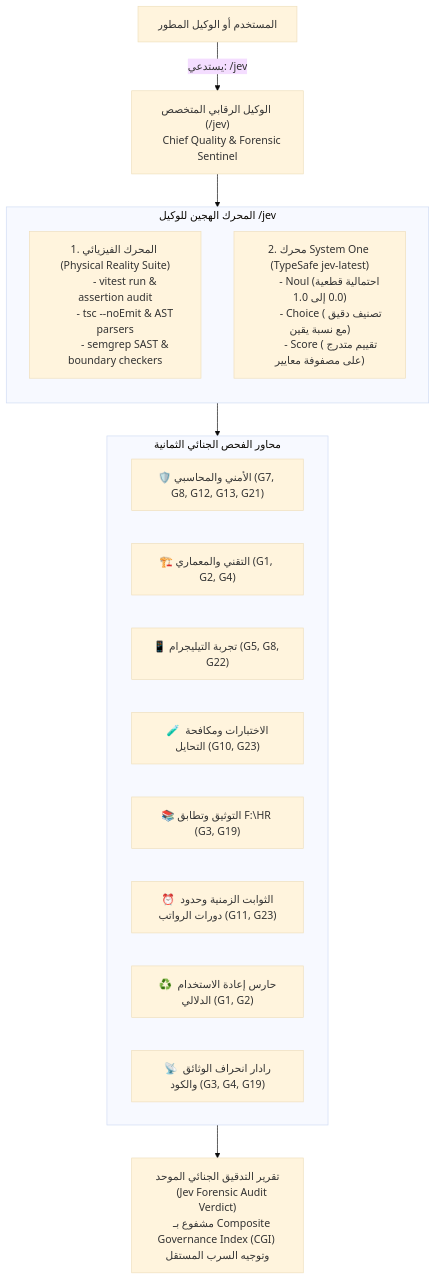
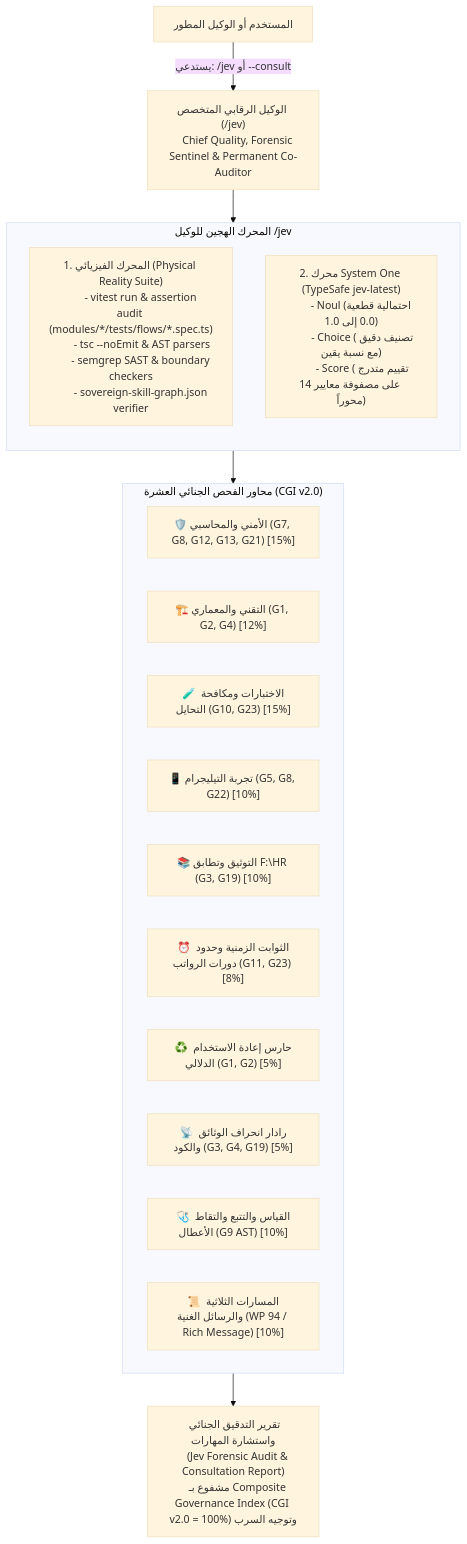
The diagram in .agents/skills/jev/SKILL.md (SalehOsman/Alsaada-Smart-Bot), drawn with Mermaid (base theme) before and after one commit. The commit also changed other lines of this file and 355 other files, not shown here.

Commit message:
feat(wp-96): implement permanent skill consultant and unified knowledge graph

````diff
--- a/.agents/skills/jev/SKILL.md
+++ b/.agents/skills/jev/SKILL.md
@@ -36,35 +38,38 @@
 ```mermaid
 flowchart TD
-    User["المستخدم أو الوكيل المطور"] -->|"يستدعي: /jev"| JevAgent["الوكيل الرقابي المتخصص (/jev)
-    Chief Quality & Forensic Sentinel"]
+    User["المستخدم أو الوكيل المطور"] -->|"يستدعي: /jev أو --consult"| JevAgent["الوكيل الرقابي المتخصص (/jev)
+    Chief Quality, Forensic Sentinel & Permanent Co-Auditor"]
 
     subgraph HybridEngine["المحرك الهجين للوكيل /jev"]
         direction TB
         Physical["1. المحرك الفيزيائي (Physical Reality Suite)
-        - vitest run & assertion audit
+        - vitest run & assertion audit (modules/*/tests/flows/*.spec.ts)
         - tsc --noEmit & AST parsers
-        - semgrep SAST & boundary checkers"]
+        - semgrep SAST & boundary checkers
+        - sovereign-skill-graph.json verifier"]
         TypeSafe["2. محرك System One (TypeSafe jev-latest)
         - Noul (احتمالية قطعية 0.0 إلى 1.0)
         - Choice (تصنيف دقيق مع نسبة يقين)
-        - Score (تقييم متدرج على مصفوفة معايير)"]
+        - Score (تقييم متدرج على مصفوفة معايير 14 محوراً)"]
     end
 
     JevAgent --> HybridEngine
 
-    subgraph Audits["محاور الفحص الجنائي الثمانية"]
-        A1["🛡️ الأمني والمحاسبي (G7, G8, G12, G13, G21)"]
-        A2["🏗️ التقني والمعماري (G1, G2, G4)"]
-        A3["📱 تجربة التيليجرام (G5, G8, G22)"]
-        A4["🧪 الاختبارات ومكافحة التحايل (G10, G23)"]
-        A5["📚 التوثيق وتطابق F:\HR (G3, G19)"]
-        A6["⏰ الثوابت الزمنية وحدود دورات الرواتب (G11, G23)"]
-        A7["♻️ حارس إعادة الاستخدام الدلالي (G1, G2)"]
-        A8["📡 رادار انحراف الوثائق والكود (G3, G4, G19)"]
+    subgraph Audits["محاور الفحص الجنائي العشرة (CGI v2.0)"]
+        A1["🛡️ الأمني والمحاسبي (G7, G8, G12, G13, G21) [15%]"]
+        A2["🏗️ التقني والمعماري (G1, G2, G4) [12%]"]
+        A3["🧪 الاختبارات ومكافحة التحايل (G10, G23) [15%]"]
+        A4["📱 تجربة التيليجرام (G5, G8, G22) [10%]"]
+        A5["📚 التوثيق وتطابق F:\HR (G3, G19) [10%]"]
+        A6["⏰ الثوابت الزمنية وحدود دورات الرواتب (G11, G23) [8%]"]
+        A7["♻️ حارس إعادة الاستخدام الدلالي (G1, G2) [5%]"]
+        A8["📡 رادار انحراف الوثائق والكود (G3, G4, G19) [5%]"]
+        A9["🩺 القياس والتتبع والتقاط الأعطال (G9 AST) [10%]"]
+        A10["📜 المسارات الثلاثية والرسائل الغنية (WP 94 / Rich Message) [10%]"]
     end
 
     HybridEngine --> Audits
-    Audits --> Report["تقرير التدقيق الجنائي الموحد
-    (Jev Forensic Audit Verdict)
-    مشفوع بـ Composite Governance Index (CGI) وتوجيه السرب المستقل"]
+    Audits --> Report["تقرير التدقيق الجنائي واستشارة المهارات
+    (Jev Forensic Audit & Consultation Report)
+    مشفوع بـ Composite Governance Index (CGI v2.0 = 100%) وتوجيه السرب"]
 ```
````
